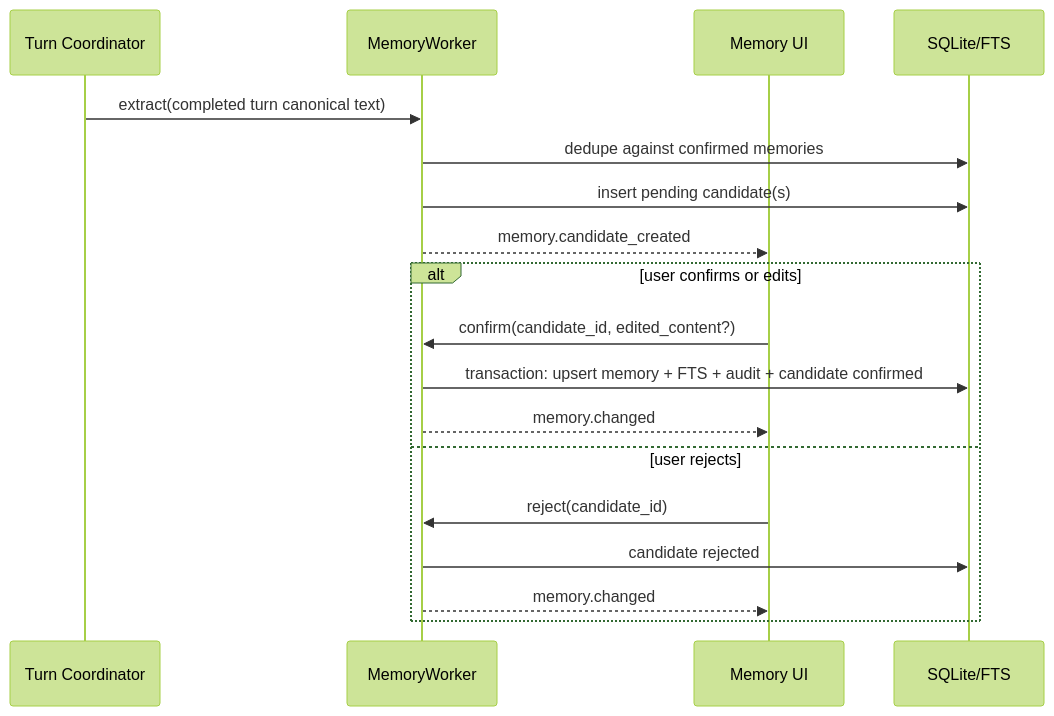
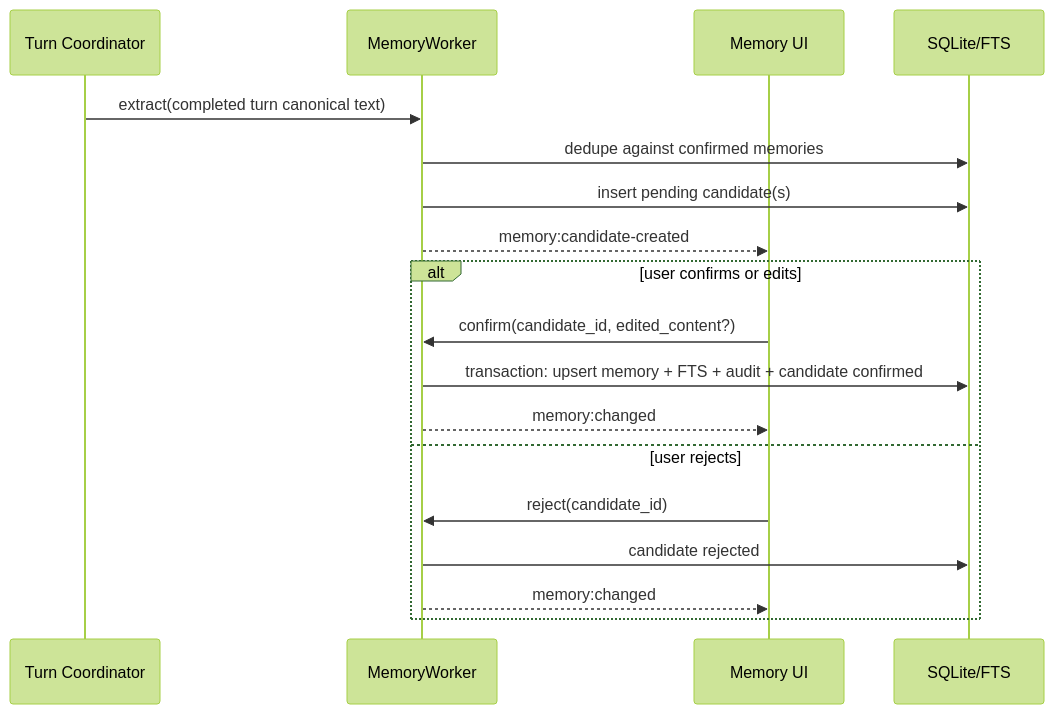
The sixth of 7 diagrams in docs/implementation/sequences.md (mingheyuan/desktop-ai-companion), drawn with Mermaid (forest theme) before and after one commit. The commit also changed other lines of this file and 90 other files, not shown here.

````diff
--- a/docs/implementation/sequences.md
+++ b/docs/implementation/sequences.md
@@ -153,21 +153,21 @@
 ```mermaid
 sequenceDiagram
     participant Core as Turn Coordinator
     participant Worker as MemoryWorker
     participant UI as Memory UI
     participant DB as SQLite/FTS
 
     Core->>Worker: extract(completed turn canonical text)
     Worker->>DB: dedupe against confirmed memories
     Worker->>DB: insert pending candidate(s)
-    Worker-->>UI: memory.candidate_created
+    Worker-->>UI: memory:candidate-created
     alt user confirms or edits
         UI->>Worker: confirm(candidate_id, edited_content?)
         Worker->>DB: transaction: upsert memory + FTS + audit + candidate confirmed
-        Worker-->>UI: memory.changed
+        Worker-->>UI: memory:changed
     else user rejects
         UI->>Worker: reject(candidate_id)
         Worker->>DB: candidate rejected
-        Worker-->>UI: memory.changed
+        Worker-->>UI: memory:changed
     end
 ```
````
